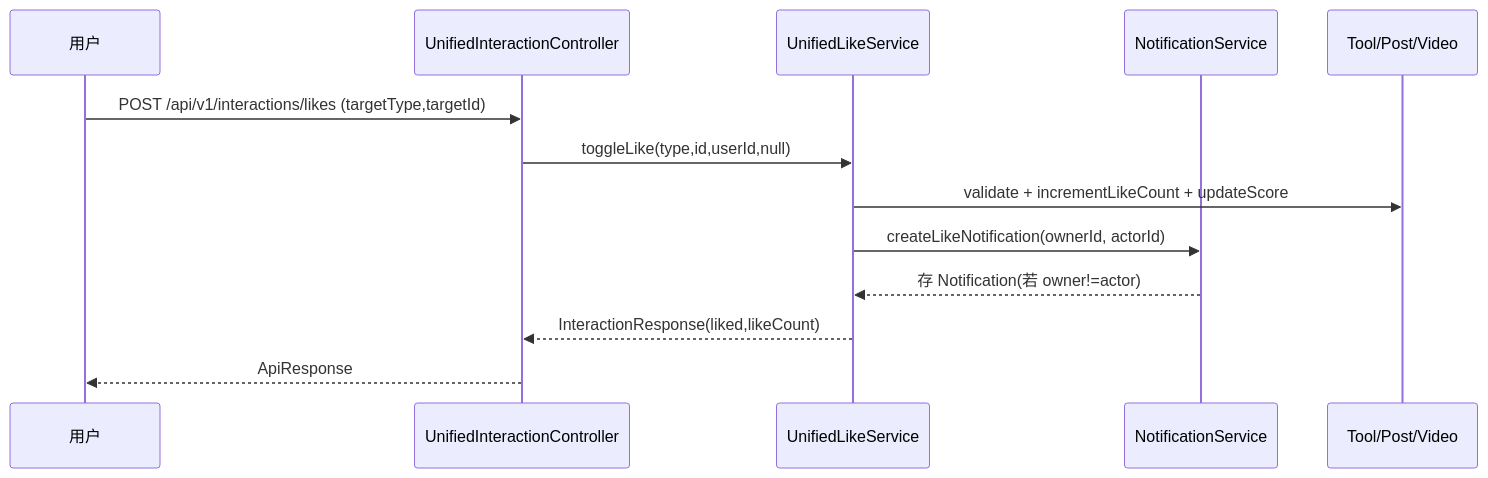
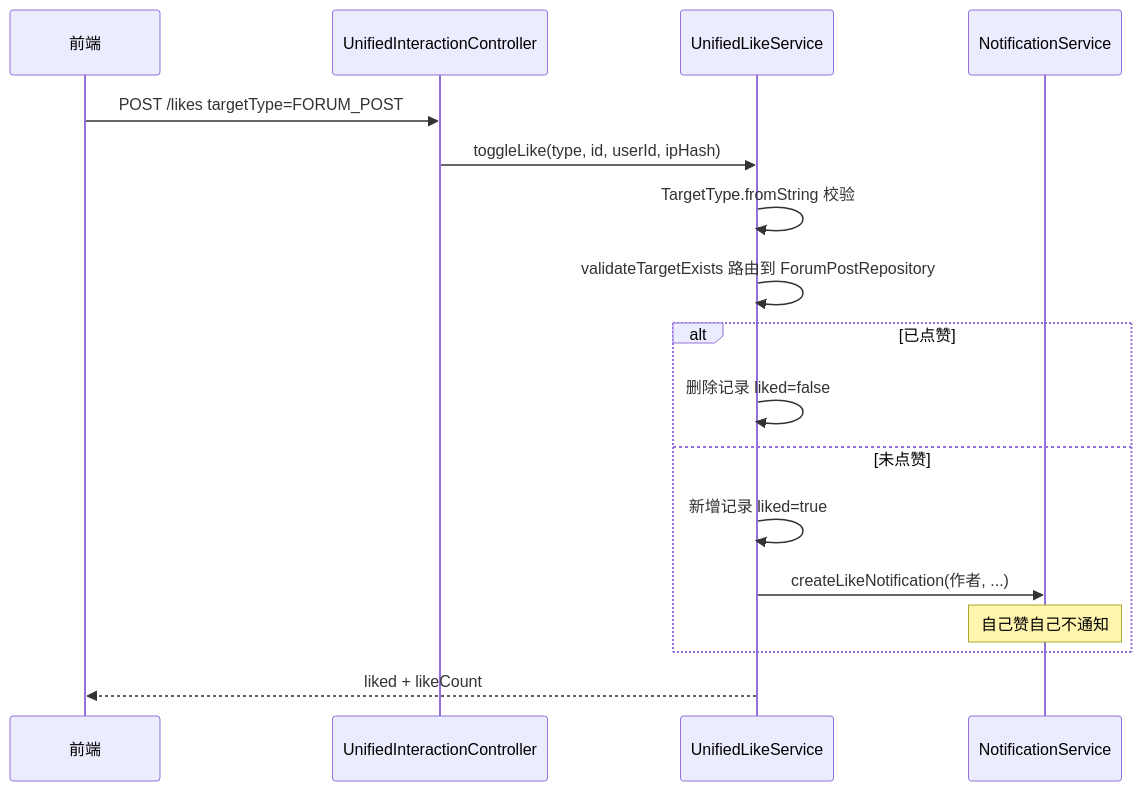
The second of 2 diagrams in repowiki/wiki/modules/统一互动与通知.md (mambo-wang/CodingHub), drawn with Mermaid before and after one commit. The commit also changed other lines of this file and 59 other files, not shown here.

````diff
--- a/repowiki/wiki/modules/统一互动与通知.md
+++ b/repowiki/wiki/modules/统一互动与通知.md
@@ -142,15 +102,19 @@
 ```mermaid
 sequenceDiagram
-    participant U as 用户
-    participant UC as UnifiedInteractionController
-    participant LS as UnifiedLikeService
-    participant NS as NotificationService
-    participant T as Tool/Post/Video
-    U->>UC: POST /api/v1/interactions/likes (targetType,targetId)
-    UC->>LS: toggleLike(type,id,userId,null)
-    LS->>T: validate + incrementLikeCount + updateScore
-    LS->>NS: createLikeNotification(ownerId, actorId)
-    NS-->>LS: 存 Notification(若 owner!=actor)
-    LS-->>UC: InteractionResponse(liked,likeCount)
-    UC-->>U: ApiResponse
+    participant FE as 前端
+    participant C as UnifiedInteractionController
+    participant L as UnifiedLikeService
+    participant N as NotificationService
+    FE->>C: POST /likes targetType=FORUM_POST
+    C->>L: toggleLike(type, id, userId, ipHash)
+    L->>L: TargetType.fromString 校验
+    L->>L: validateTargetExists 路由到 ForumPostRepository
+    alt 已点赞
+        L->>L: 删除记录 liked=false
+    else 未点赞
+        L->>L: 新增记录 liked=true
+        L->>N: createLikeNotification(作者, ...)
+        Note over N: 自己赞自己不通知
+    end
+    L-->>FE: liked + likeCount
 ```
````
